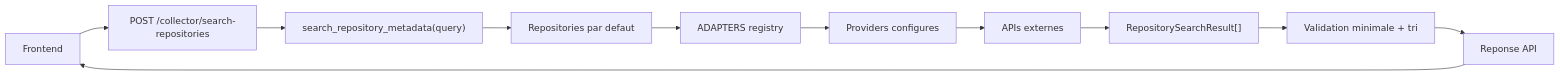
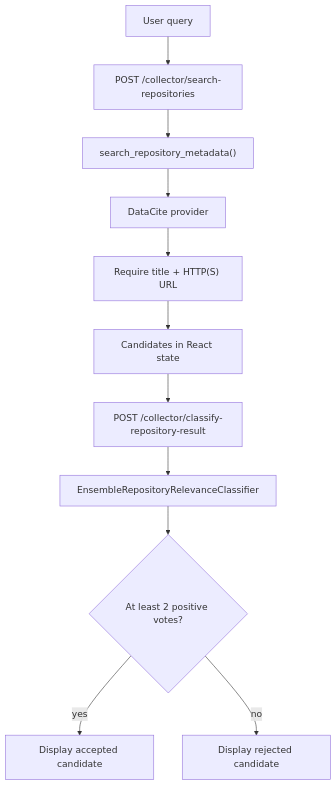
The second of 3 diagrams in docs/technical-design-document.md (nicolasberlin/global-health-dataset-catalog), drawn with Mermaid before and after one commit. The commit also changed other lines of this file and 30 other files, not shown here.

Commit message:
Update collector security and architecture docs

````diff
--- a/docs/technical-design-document.md
+++ b/docs/technical-design-document.md
@@ -313,13 +97,13 @@
 ```mermaid
-flowchart LR
-    UI["Frontend"] --> Route["POST /collector/search-repositories"]
-    Route --> Search["search_repository_metadata(query)"]
-    Search --> Defaults["Repositories par defaut"]
-    Defaults --> Registry["ADAPTERS registry"]
-    Registry --> Providers["Providers configures"]
-    Providers --> APIs["APIs externes"]
-    APIs --> Normalized["RepositorySearchResult[]"]
-    Normalized --> Clean["Validation minimale + tri"]
-    Clean --> Response["Reponse API"]
-    Response --> UI
+flowchart TD
+    Query["User query"] --> SearchRoute["POST /collector/search-repositories"]
+    SearchRoute --> Service["search_repository_metadata()"]
+    Service --> Provider["DataCite provider"]
+    Provider --> Filter["Require title + HTTP(S) URL"]
+    Filter --> UI["Candidates in React state"]
+    UI --> ClassifyRoute["POST /collector/classify-repository-result"]
+    ClassifyRoute --> RepoEnsemble["EnsembleRepositoryRelevanceClassifier"]
+    RepoEnsemble --> Display{"At least 2 positive votes?"}
+    Display -->|yes| Accepted["Display accepted candidate"]
+    Display -->|no| Rejected["Display rejected candidate"]
 ```
````
